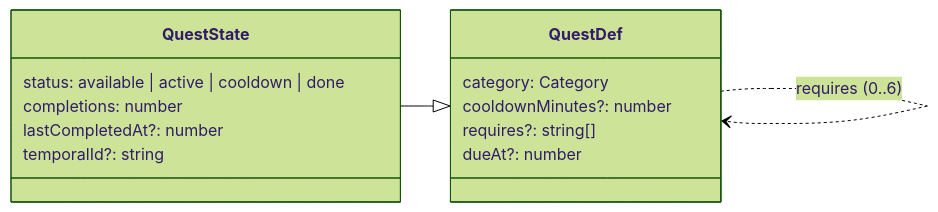
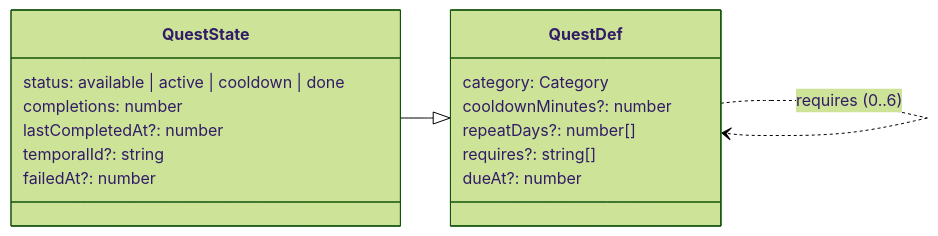
The diagram in src/features/complex/README.md (Carlos-Requena/Quest_Tareas), drawn with Mermaid (forest theme) before and after one commit. The commit also changed other lines of this file and 135 other files, not shown here.

````diff
--- a/src/features/complex/README.md
+++ b/src/features/complex/README.md
@@ -77,18 +94,20 @@
 ```mermaid
 classDiagram
     direction LR
     class QuestDef {
         category: Category
         cooldownMinutes?: number
+        repeatDays?: number[]
         requires?: string[]
         dueAt?: number
     }
     class QuestState {
         status: available | active | cooldown | done
         completions: number
         lastCompletedAt?: number
         temporalId?: string
+        failedAt?: number
     }
     QuestState --|> QuestDef
     QuestDef ..> QuestDef : requires (0..6)
 ```
````
